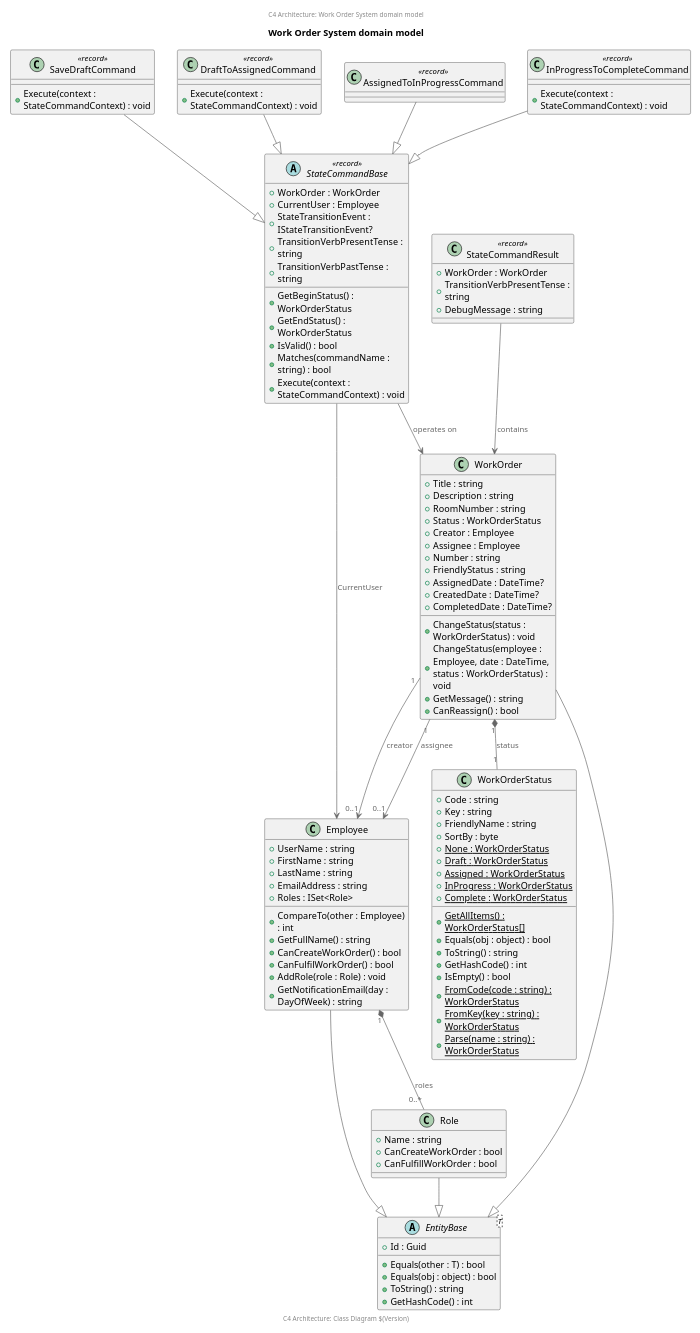
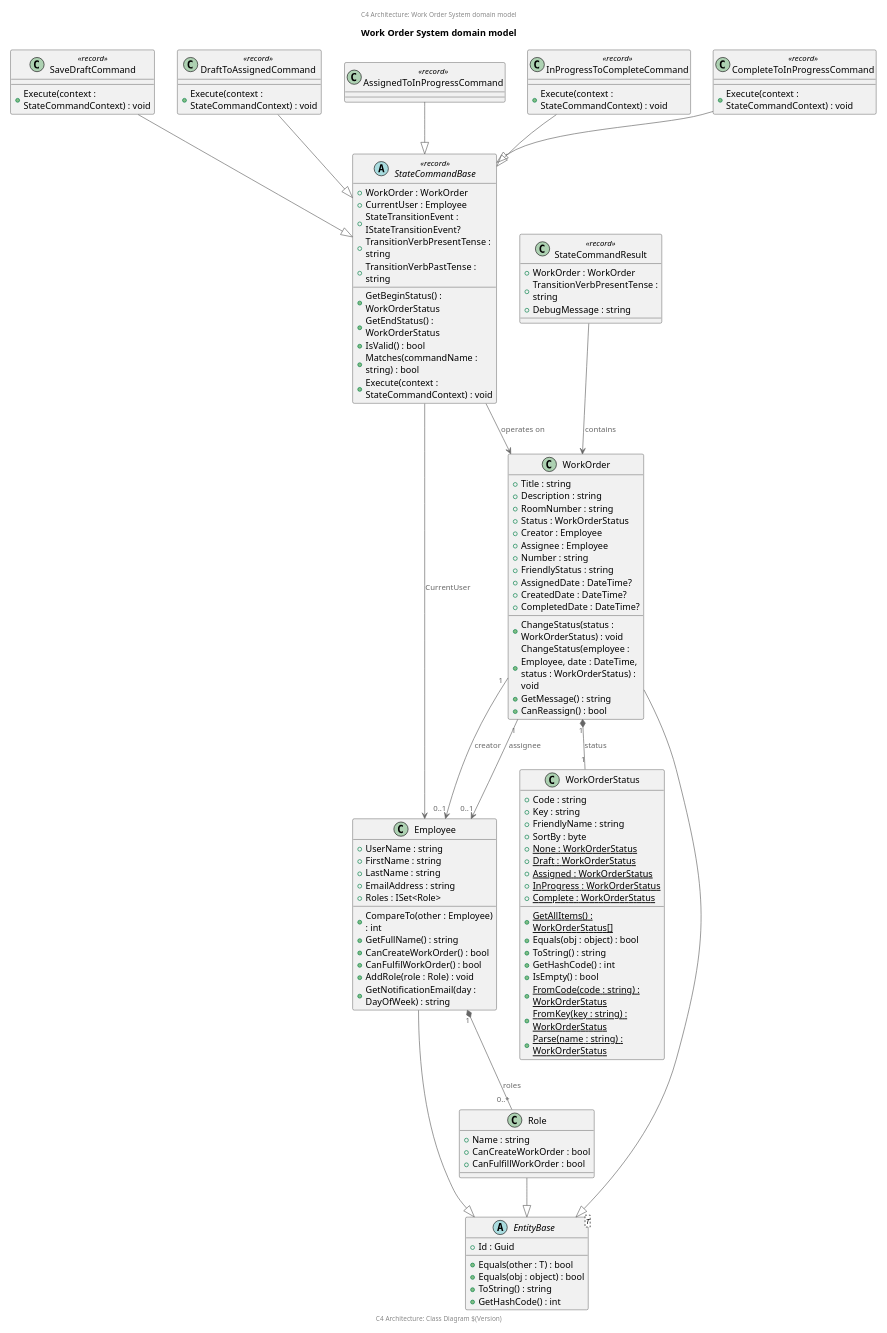
Before and after one commit to jnlarsen/clearmeasure-bootcamp: the diagram in arch/arch-c4-class-domain-model.puml, drawn with PlantUML. The commit also changed 9 other files, not shown here.

First line of the commit message:
Add CompleteToInProgressCommand state transition (Reopen)

```diff
--- a/arch/arch-c4-class-domain-model.puml
+++ b/arch/arch-c4-class-domain-model.puml
@@ -1,138 +1,143 @@
 @startuml
 
 scale 2/3
 'left to right direction
 center header
     C4 Architecture: Work Order System domain model
 endheader
 
 !includeurl https://raw.githubusercontent.com/RicardoNiepel/C4-PlantUML/master/C4_Component.puml
 
 title Work Order System domain model
 
 abstract class EntityBase<T> {
   +Id : Guid
   +Equals(other : T) : bool
   +Equals(obj : object) : bool
   +ToString() : string
   +GetHashCode() : int
 }
 
 class WorkOrder {
   +Title : string
   +Description : string
   +RoomNumber : string
   +Status : WorkOrderStatus
   +Creator : Employee
   +Assignee : Employee
   +Number : string
   +FriendlyStatus : string
   +AssignedDate : DateTime?
   +CreatedDate : DateTime?
   +CompletedDate : DateTime?
   +ChangeStatus(status : WorkOrderStatus) : void
   +ChangeStatus(employee : Employee, date : DateTime, status : WorkOrderStatus) : void
   +GetMessage() : string
   +CanReassign() : bool
 }
 
 class Employee {
   +UserName : string
   +FirstName : string
   +LastName : string
   +EmailAddress : string
   +Roles : ISet<Role>
   +CompareTo(other : Employee) : int
   +GetFullName() : string
   +CanCreateWorkOrder() : bool
   +CanFulfilWorkOrder() : bool
   +AddRole(role : Role) : void
   +GetNotificationEmail(day : DayOfWeek) : string
 }
 
 class WorkOrderStatus {
   +Code : string
   +Key : string
   +FriendlyName : string
   +SortBy : byte
   {static} +None : WorkOrderStatus
   {static} +Draft : WorkOrderStatus
   {static} +Assigned : WorkOrderStatus
   {static} +InProgress : WorkOrderStatus
   {static} +Complete : WorkOrderStatus
   {static} +GetAllItems() : WorkOrderStatus[]
   +Equals(obj : object) : bool
   +ToString() : string
   +GetHashCode() : int
   +IsEmpty() : bool
   {static} +FromCode(code : string) : WorkOrderStatus
   {static} +FromKey(key : string) : WorkOrderStatus
   {static} +Parse(name : string) : WorkOrderStatus
 }
 
 class Role {
   +Name : string
   +CanCreateWorkOrder : bool
   +CanFulfillWorkOrder : bool
 }
 
 abstract class StateCommandBase <<record>> {
   +WorkOrder : WorkOrder
   +CurrentUser : Employee
   +StateTransitionEvent : IStateTransitionEvent?
   +TransitionVerbPresentTense : string
   +TransitionVerbPastTense : string
   +GetBeginStatus() : WorkOrderStatus
   +GetEndStatus() : WorkOrderStatus
   +IsValid() : bool
   +Matches(commandName : string) : bool
   +Execute(context : StateCommandContext) : void
 }
 
 class SaveDraftCommand <<record>> {
   +Execute(context : StateCommandContext) : void
 }
 
 class DraftToAssignedCommand <<record>> {
   +Execute(context : StateCommandContext) : void
 }
 
 class AssignedToInProgressCommand <<record>> {
 }
 
 class InProgressToCompleteCommand <<record>> {
   +Execute(context : StateCommandContext) : void
 }
 
+class CompleteToInProgressCommand <<record>> {
+  +Execute(context : StateCommandContext) : void
+}
+
 class StateCommandResult <<record>> {
   +WorkOrder : WorkOrder
   +TransitionVerbPresentTense : string
   +DebugMessage : string
 }
 
 ' Inheritance relationships
 WorkOrder --|> EntityBase
 Employee --|> EntityBase
 Role --|> EntityBase
 
 ' State command inheritance
 SaveDraftCommand --|> StateCommandBase
 DraftToAssignedCommand --|> StateCommandBase
 AssignedToInProgressCommand --|> StateCommandBase
 InProgressToCompleteCommand --|> StateCommandBase
+CompleteToInProgressCommand --|> StateCommandBase
 
 ' Associations
 WorkOrder "1" *-- "1" WorkOrderStatus : status
 WorkOrder "1" --> "0..1" Employee : creator
 WorkOrder "1" --> "0..1" Employee : assignee
 Employee "1" *-- "0..*" Role : roles
 
 ' State command associations
 StateCommandBase --> WorkOrder : operates on
 StateCommandBase --> Employee : CurrentUser
 StateCommandResult --> WorkOrder : contains
 
 center footer
     C4 Architecture: Class Diagram $(Version)
 endfooter
 @enduml
```
